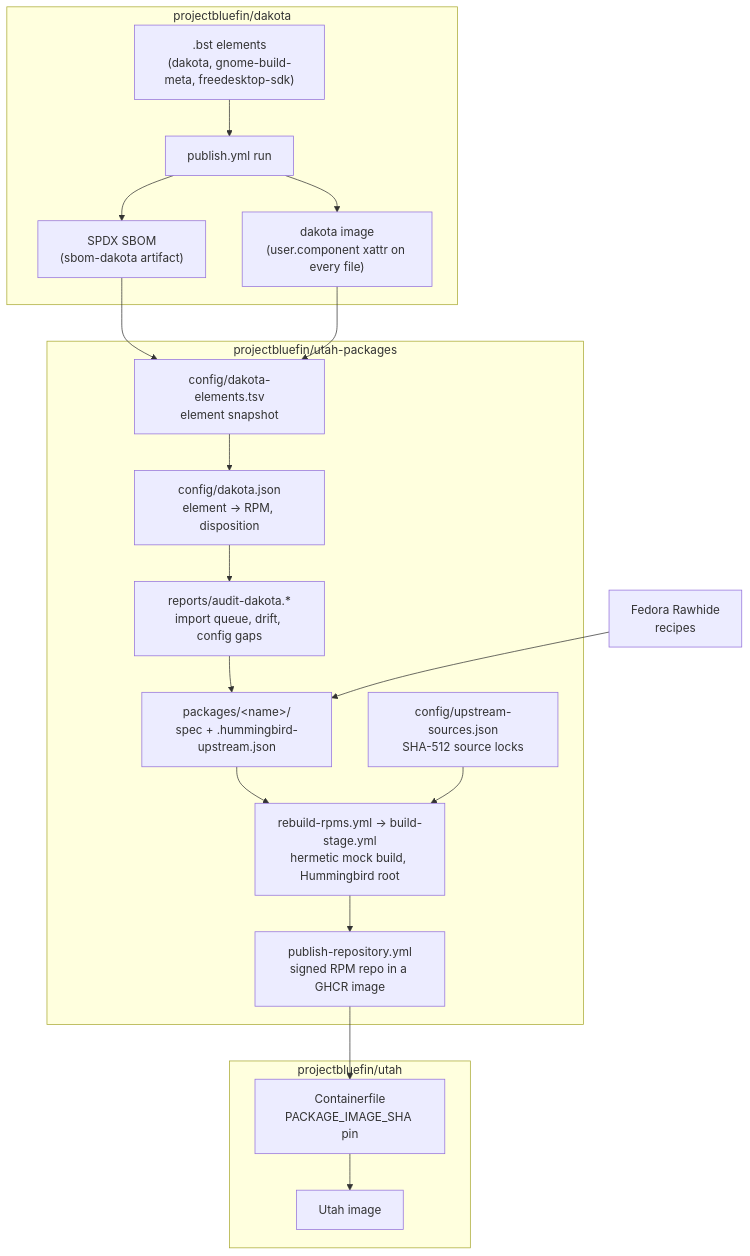
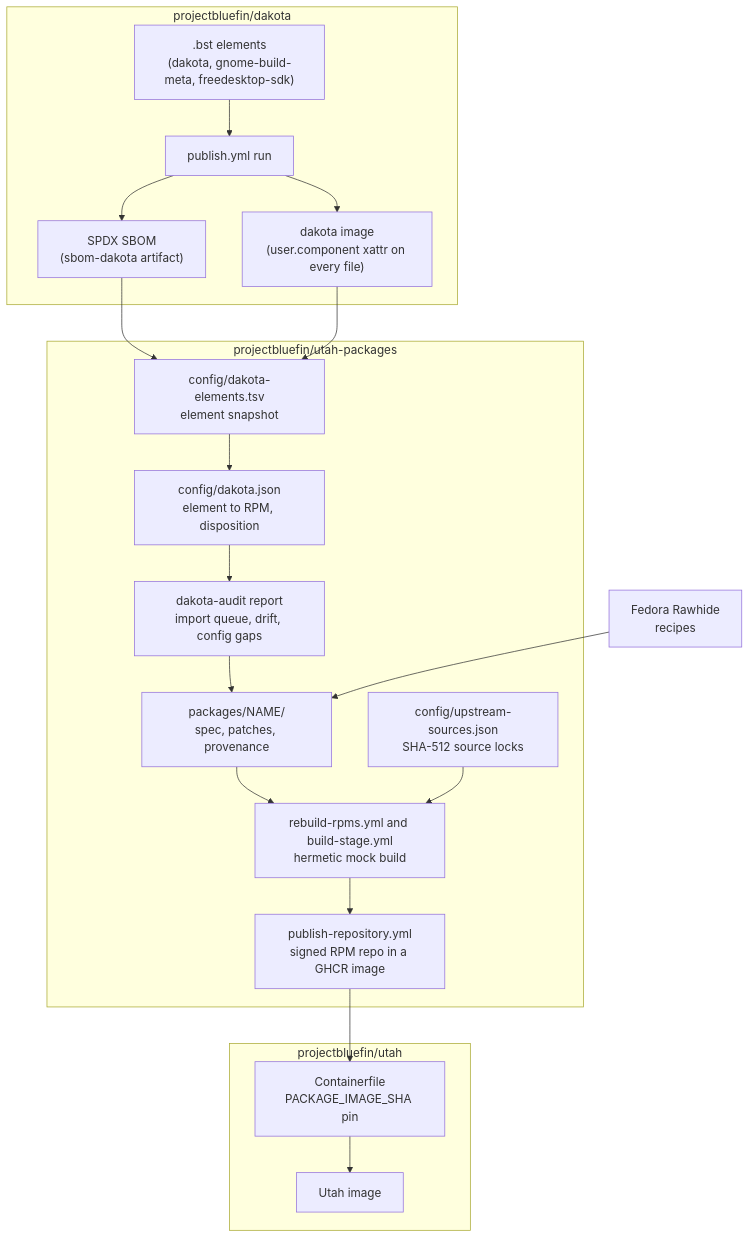
The diagram in docs/bst-to-rpm.md (projectbluefin/utah-packages), drawn with Mermaid before and after one commit. The commit also changed other lines of this file and 1 other file, not shown here.

First line of the commit message:
docs(bst-to-rpm): verify every claim against the code and runs

````diff
--- a/docs/bst-to-rpm.md
+++ b/docs/bst-to-rpm.md
@@ -21,32 +21,32 @@
 ```mermaid
 flowchart TD
   subgraph Dakota["projectbluefin/dakota"]
     BST[".bst elements<br/>(dakota, gnome-build-meta, freedesktop-sdk)"]
     PUB["publish.yml run"]
     SBOM["SPDX SBOM<br/>(sbom-dakota artifact)"]
     IMG["dakota image<br/>(user.component xattr on every file)"]
     BST --> PUB --> SBOM
     PUB --> IMG
   end
   subgraph Factory["projectbluefin/utah-packages"]
     TSV["config/dakota-elements.tsv<br/>element snapshot"]
-    MAP["config/dakota.json<br/>element → RPM, disposition"]
-    AUDIT["reports/audit-dakota.*<br/>import queue, drift, config gaps"]
-    REC["packages/&lt;name&gt;/<br/>spec + .hummingbird-upstream.json"]
+    MAP["config/dakota.json<br/>element to RPM, disposition"]
+    AUDIT["dakota-audit report<br/>import queue, drift, config gaps"]
+    REC["packages/NAME/<br/>spec, patches, provenance"]
     LOCK["config/upstream-sources.json<br/>SHA-512 source locks"]
-    BUILD["rebuild-rpms.yml → build-stage.yml<br/>hermetic mock build, Hummingbird root"]
+    BUILD["rebuild-rpms.yml and build-stage.yml<br/>hermetic mock build"]
     REPO["publish-repository.yml<br/>signed RPM repo in a GHCR image"]
     TSV --> MAP --> AUDIT --> REC
     REC --> BUILD
     LOCK --> BUILD --> REPO
   end
   subgraph Utah["projectbluefin/utah"]
     PIN["Containerfile<br/>PACKAGE_IMAGE_SHA pin"]
     OS["Utah image"]
     PIN --> OS
   end
   SBOM --> TSV
   IMG --> TSV
   FED["Fedora Rawhide<br/>recipes"] --> REC
   REPO --> PIN
 ```
````
